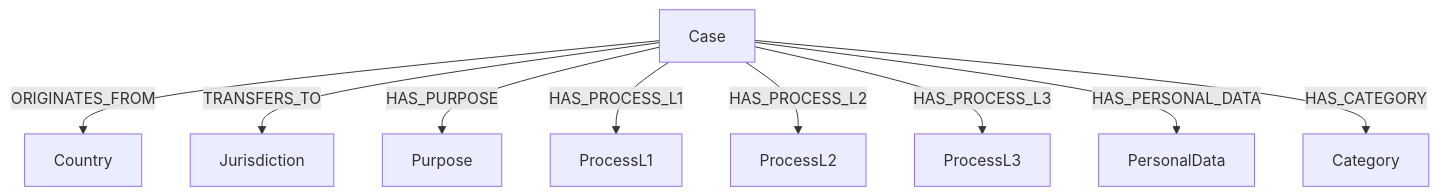
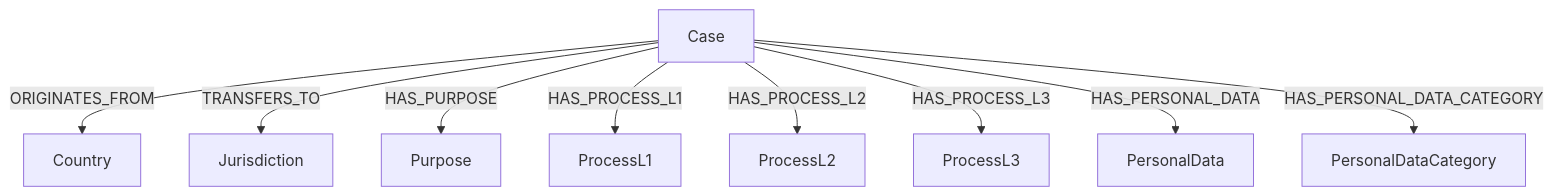
One commit to Joseph-k-iype/rr changed the second of 2 diagrams in compliance_engine/docs/DEVELOPER_GUIDE.md. Above: the diagram before and after it, drawn with Mermaid. The commit also changed other lines of this file and 171 other files, not shown here.

````diff
--- a/compliance_engine/docs/DEVELOPER_GUIDE.md
+++ b/compliance_engine/docs/DEVELOPER_GUIDE.md
@@ -351,11 +535,11 @@
 ```mermaid
 graph TD
     Case[Case] -->|ORIGINATES_FROM| Country[Country]
     Case -->|TRANSFERS_TO| Jurisdiction[Jurisdiction]
     Case -->|HAS_PURPOSE| Purpose[Purpose]
     Case -->|HAS_PROCESS_L1| ProcessL1[ProcessL1]
     Case -->|HAS_PROCESS_L2| ProcessL2[ProcessL2]
     Case -->|HAS_PROCESS_L3| ProcessL3[ProcessL3]
     Case -->|HAS_PERSONAL_DATA| PersonalData[PersonalData]
-    Case -->|HAS_CATEGORY| Category[Category]
+    Case -->|HAS_PERSONAL_DATA_CATEGORY| PersonalDataCategory[PersonalDataCategory]
 ```
````
